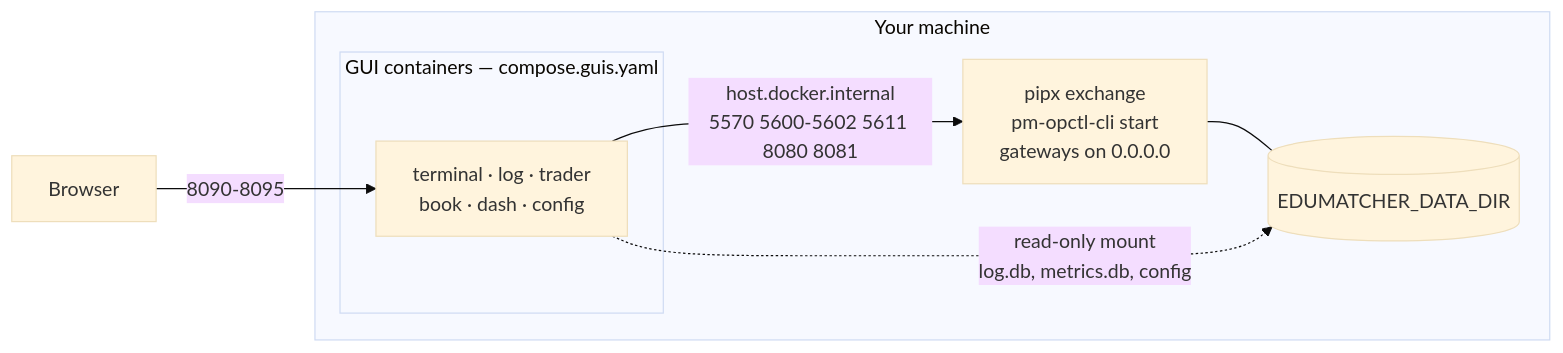
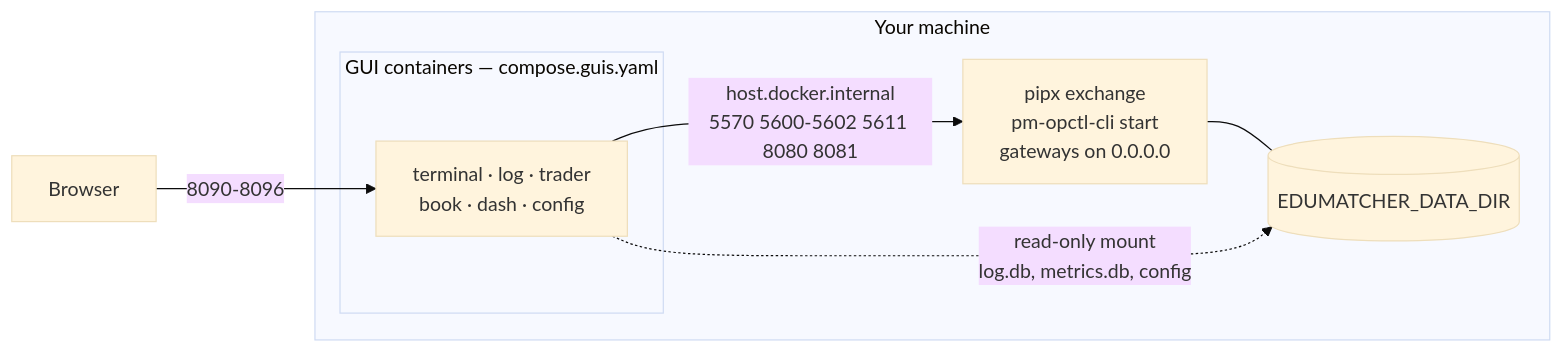
The third of 3 diagrams in docs/books/operator-guide/part-1-install-and-deploy/010-installation.md (johan162/EduMatcher), drawn with Mermaid (base theme) before and after one commit. The commit also changed other lines of this file and 114 other files, not shown here.

````diff
--- a/docs/books/operator-guide/part-1-install-and-deploy/010-installation.md
+++ b/docs/books/operator-guide/part-1-install-and-deploy/010-installation.md
@@ -725,15 +728,15 @@
 ```mermaid
 flowchart LR
     BROWSER["Browser"]
     subgraph host["Your machine"]
         PM["pipx exchange\npm-opctl-cli start\ngateways on 0.0.0.0"]
         DATA[("EDUMATCHER_DATA_DIR")]
         subgraph guis["GUI containers — compose.guis.yaml"]
             G["terminal · log · trader\nbook · dash · config"]
         end
     end
-    BROWSER -->|"8090-8095"| G
+    BROWSER -->|"8090-8096"| G
     G -->|"host.docker.internal\n5570 5600-5602 5611 8080 8081"| PM
     PM --- DATA
     G -.->|"read-only mount\nlog.db, metrics.db, config"| DATA
 ```
````
